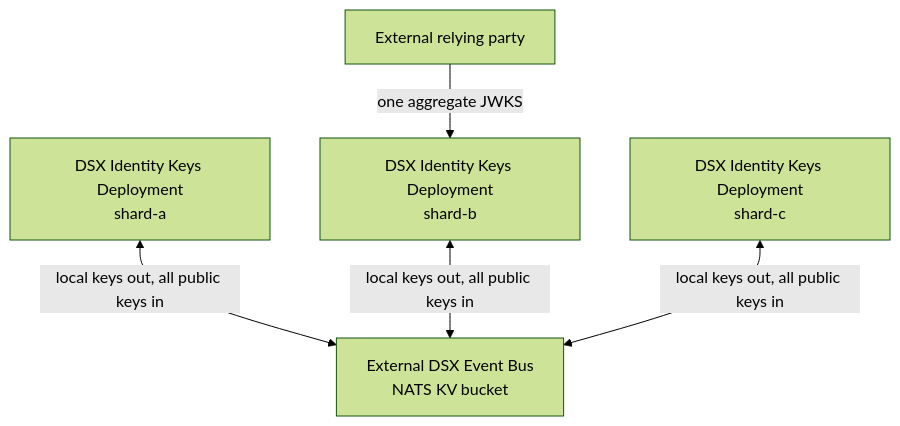
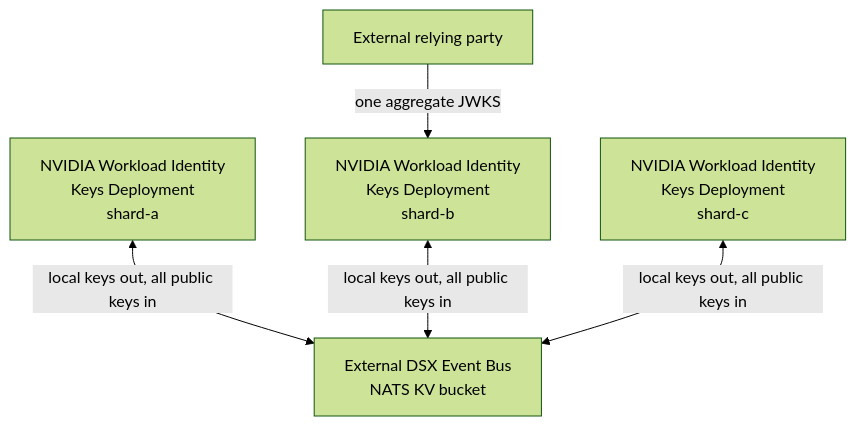
The first of 2 diagrams in cmd/dsx-identity-keys/README.md (dsx-ai-factory/nvidia-workload-identity), drawn with Mermaid (forest theme) before and after one commit. The commit also changed other lines of this file and 41 other files, not shown here.

First line of the commit message:
fix(NO-REF): update NVIDIA Workload Identity display names

````diff
--- a/cmd/dsx-identity-keys/README.md
+++ b/cmd/dsx-identity-keys/README.md
@@ -47,13 +50,13 @@
 ```mermaid
 flowchart TB
   RP["External relying party"]
-  E1["DSX Identity Keys Deployment<br/>shard-a"]
-  E2["DSX Identity Keys Deployment<br/>shard-b"]
-  E3["DSX Identity Keys Deployment<br/>shard-c"]
+  E1["NVIDIA Workload Identity<br/>Keys Deployment<br/>shard-a"]
+  E2["NVIDIA Workload Identity<br/>Keys Deployment<br/>shard-b"]
+  E3["NVIDIA Workload Identity<br/>Keys Deployment<br/>shard-c"]
   BUS["External DSX Event Bus<br/>NATS KV bucket"]
 
   RP -->|"one aggregate JWKS"| E2
   E1 <-->|"local keys out, all public keys in"| BUS
   E2 <-->|"local keys out, all public keys in"| BUS
   E3 <-->|"local keys out, all public keys in"| BUS
 ```
````
